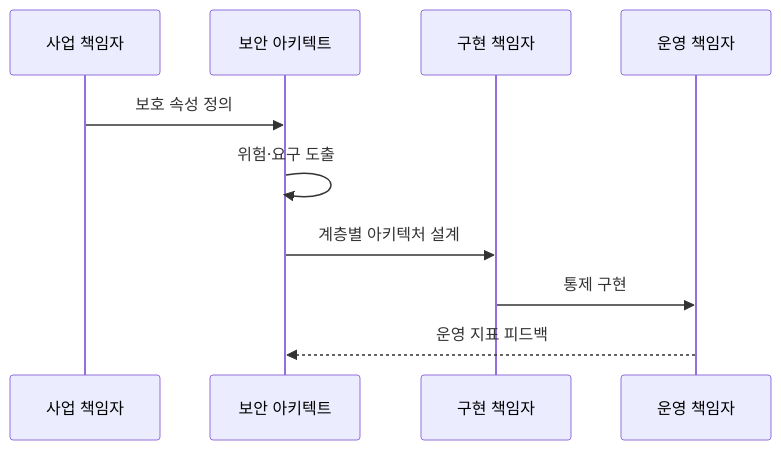
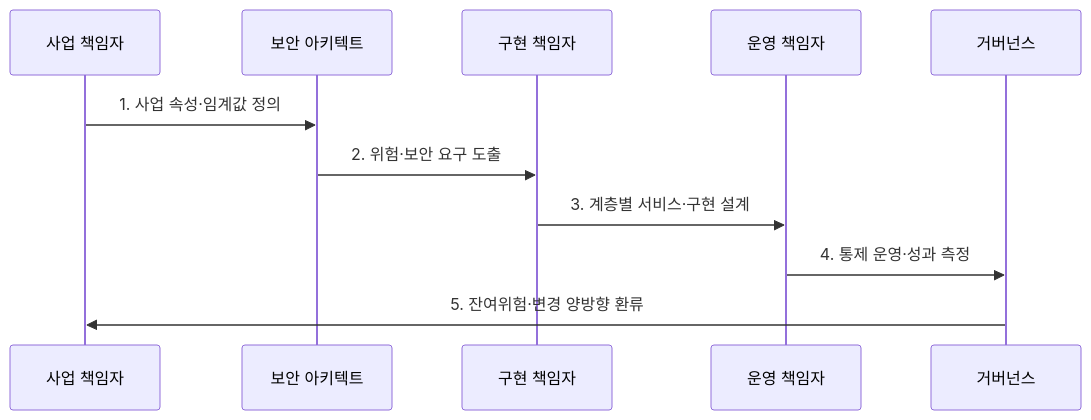
One commit to agnusdei1207/knowledge-base changed the second of 2 diagrams in src/content/docs/notes/05-security/139_sabsa_security_architecture.md. Above: the diagram before and after it, drawn with Mermaid. The commit also changed other lines of this file and 6 other files, not shown here.

````diff
--- a/src/content/docs/notes/05-security/139_sabsa_security_architecture.md
+++ b/src/content/docs/notes/05-security/139_sabsa_security_architecture.md
@@ -85,12 +81,13 @@
 ```mermaid
 sequenceDiagram
-    participant B as 사업 책임자
-    participant A as 보안 아키텍트
-    participant I as 구현 책임자
-    participant O as 운영 책임자
-    B->>A: 보호 속성 정의
-    A->>A: 위험·요구 도출
-    A->>I: 계층별 아키텍처 설계
-    I->>O: 통제 구현
-    O-->>A: 운영 지표 피드백
+  participant B as 사업 책임자
+  participant A as 보안 아키텍트
+  participant I as 구현 책임자
+  participant O as 운영 책임자
+  participant G as 거버넌스
+  B->>A: 1. 사업 속성·임계값 정의
+  A->>I: 2. 위험·보안 요구 도출
+  I->>O: 3. 계층별 서비스·구현 설계
+  O->>G: 4. 통제 운영·성과 측정
+  G->>B: 5. 잔여위험·변경 양방향 환류
 ```
````
